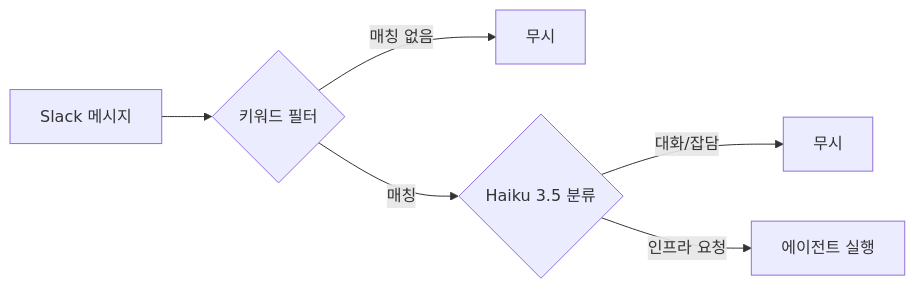
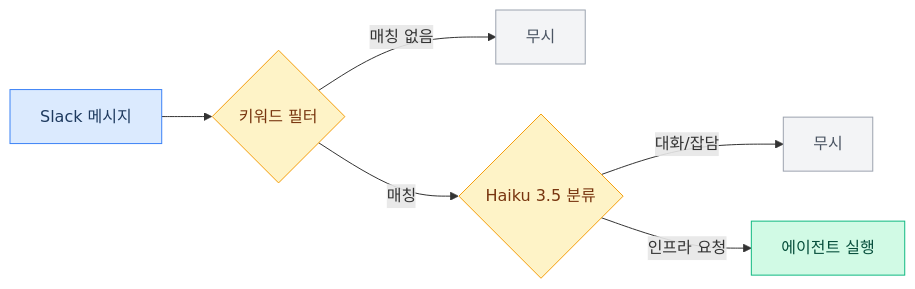
One commit to kimduksoo/duksoo-tech-blog changed the second of 3 diagrams in content/ai/ai-infra-automation.md. Above: the diagram before and after it, drawn with Mermaid.

Commit message:
style: 트리아지 Mermaid 다이어그램 색상 추가 (필터=앰버, 입력=파랑, 종료=회색, 액션=초록)

````diff
--- a/content/ai/ai-infra-automation.md
+++ b/content/ai/ai-infra-automation.md
@@ -344,8 +344,15 @@
 ```mermaid
 flowchart LR
     Msg[Slack 메시지] --> KW{키워드 필터}
     KW -->|매칭 없음| Drop1[무시]
     KW -->|매칭| Haiku{Haiku 3.5 분류}
     Haiku -->|대화/잡담| Drop2[무시]
     Haiku -->|인프라 요청| Agent[에이전트 실행]
+
+    style Msg fill:#dbeafe,stroke:#3b82f6,color:#1e3a5f
+    style KW fill:#fef3c7,stroke:#f59e0b,color:#78350f
+    style Haiku fill:#fef3c7,stroke:#f59e0b,color:#78350f
+    style Drop1 fill:#f3f4f6,stroke:#9ca3af,color:#4b5563
+    style Drop2 fill:#f3f4f6,stroke:#9ca3af,color:#4b5563
+    style Agent fill:#d1fae5,stroke:#10b981,color:#064e3b
 ```
````
